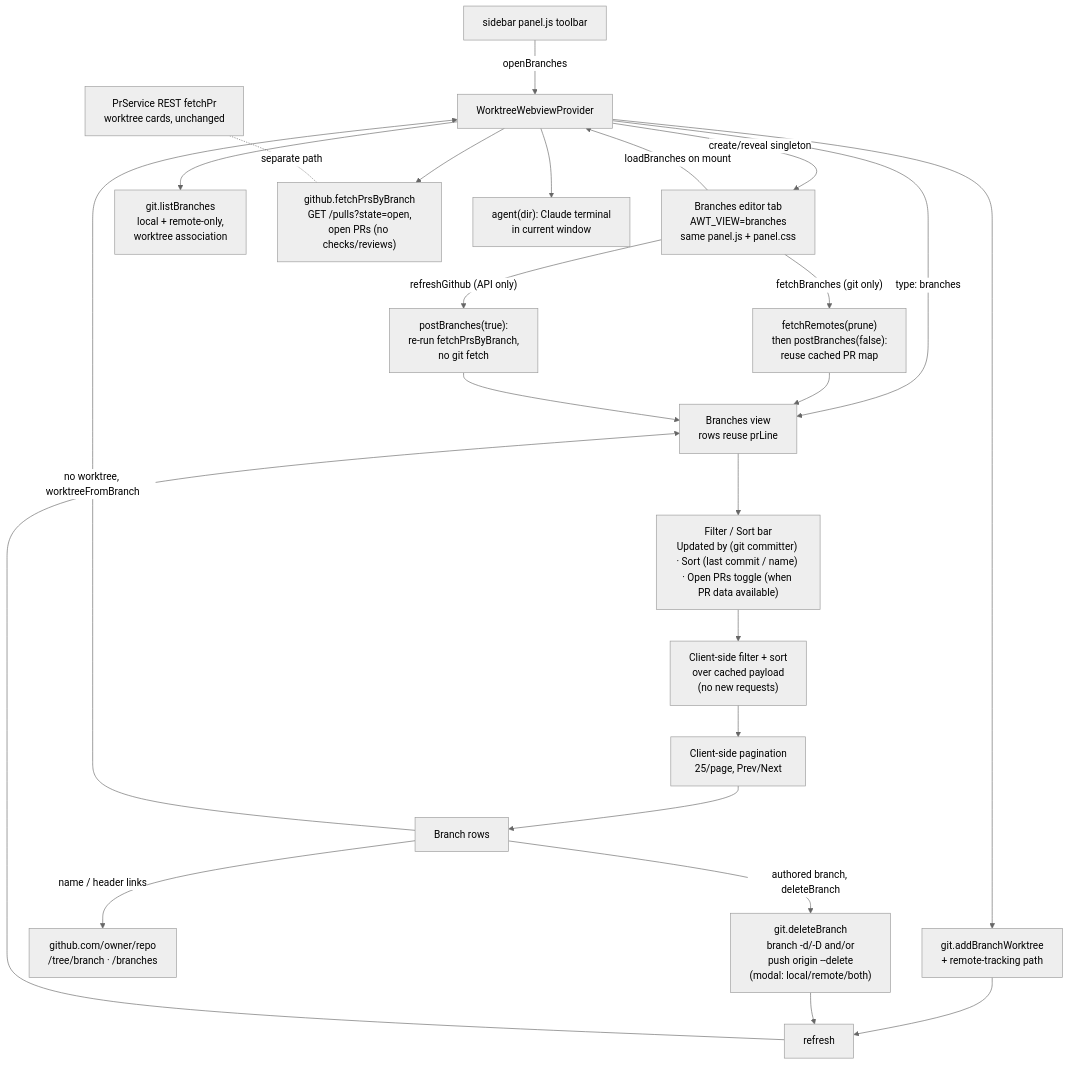
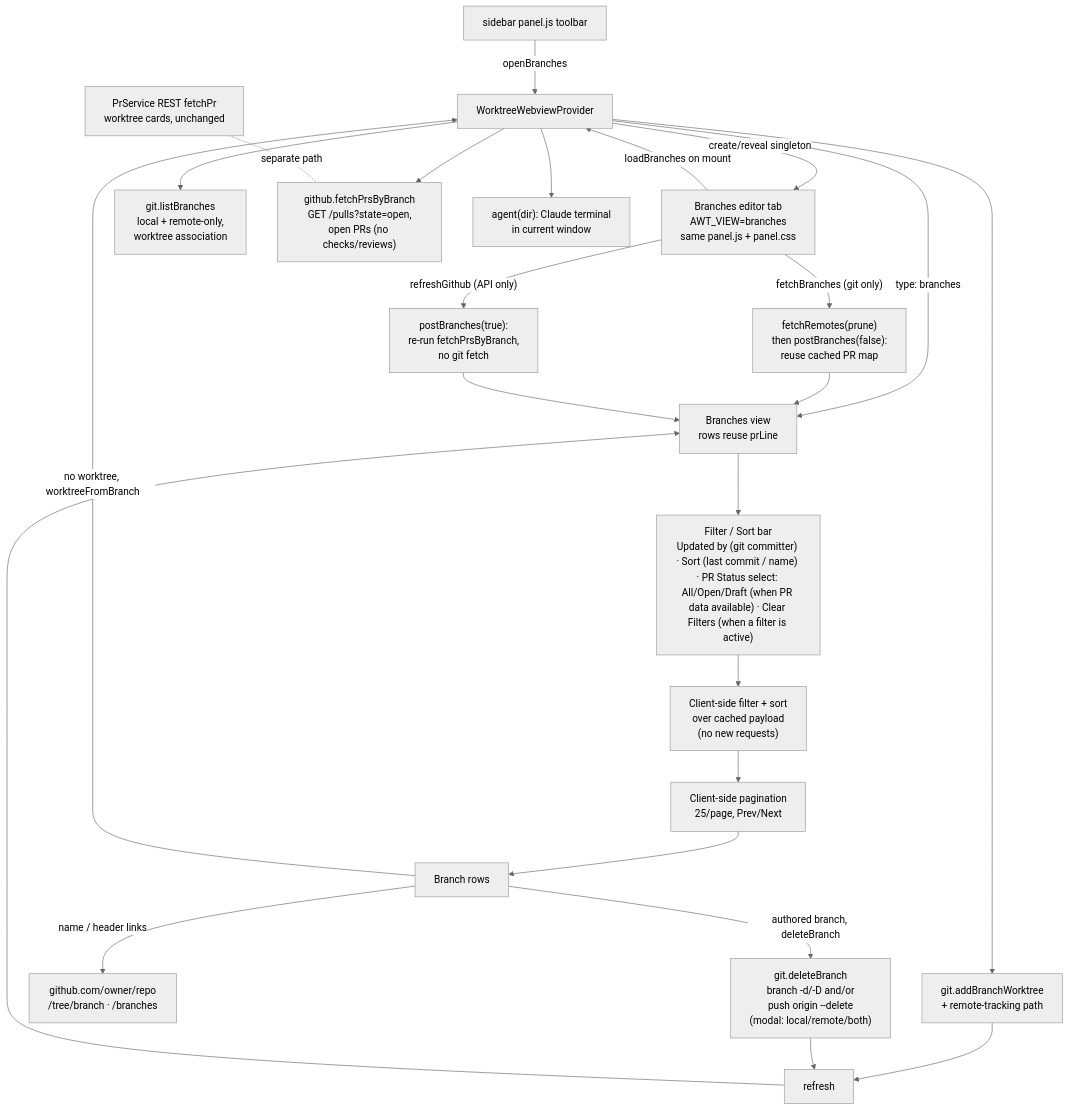
One commit to BradenTerry/agent-worktrees changed the second of 2 diagrams in README.md. Above: the diagram before and after it, drawn with Mermaid (neutral theme). The commit also changed other lines of this file and 6 other files, not shown here.

First line of the commit message:
Add PR Status filter, Clear Filters, faster branch load, branch-switch PR fix

````diff
--- a/README.md
+++ b/README.md
@@ -425,25 +437,25 @@
 ```mermaid
 flowchart TD
     TB["sidebar panel.js toolbar"] -->|openBranches| WV[WorktreeWebviewProvider]
     WV -->|create/reveal singleton| EP["Branches editor tab<br/>AWT_VIEW=branches<br/>same panel.js + panel.css"]
     EP -->|loadBranches on mount| WV
     WV --> LB["git.listBranches<br/>local + remote-only,<br/>worktree association"]
     WV --> FPB["github.fetchPrsByBranch<br/>GET /pulls?state=open,<br/>open PRs (no checks/reviews)"]
     WV -->|type: branches| BO["Branches view<br/>rows reuse prLine"]
-    BO --> FB["Filter / Sort bar<br/>Updated by (git committer) · Sort (last commit / name) · Open PRs toggle (when PR data available)"]
+    BO --> FB["Filter / Sort bar<br/>Updated by (git committer) · Sort (last commit / name) · PR Status select: All/Open/Draft (when PR data available) · Clear Filters (when a filter is active)"]
     FB --> CS["Client-side filter + sort<br/>over cached payload<br/>(no new requests)"]
     CS --> PG["Client-side pagination<br/>25/page, Prev/Next"]
     PG --> ROWS[Branch rows]
     ROWS -->|no worktree, worktreeFromBranch| WV
     ROWS -->|"authored branch, deleteBranch"| DB["git.deleteBranch<br/>branch -d/-D and/or<br/>push origin --delete<br/>(modal: local/remote/both)"]
     ROWS -->|"name / header links"| GH["github.com/owner/repo<br/>/tree/branch · /branches"]
     EP -->|"fetchBranches (git only)"| FET["fetchRemotes(prune)<br/>then postBranches(false):<br/>reuse cached PR map"]
     EP -->|"refreshGithub (API only)"| RGH["postBranches(true):<br/>re-run fetchPrsByBranch,<br/>no git fetch"]
     WV --> AW["git.addBranchWorktree<br/>+ remote-tracking path"]
     WV --> AG["agent(dir): Claude terminal<br/>in current window"]
     AW --> RF[refresh] --> BO
     DB --> RF
     FET --> BO
     RGH --> BO
     PRS["PrService REST fetchPr<br/>worktree cards, unchanged"] -. separate path .- FPB
 ```
````
